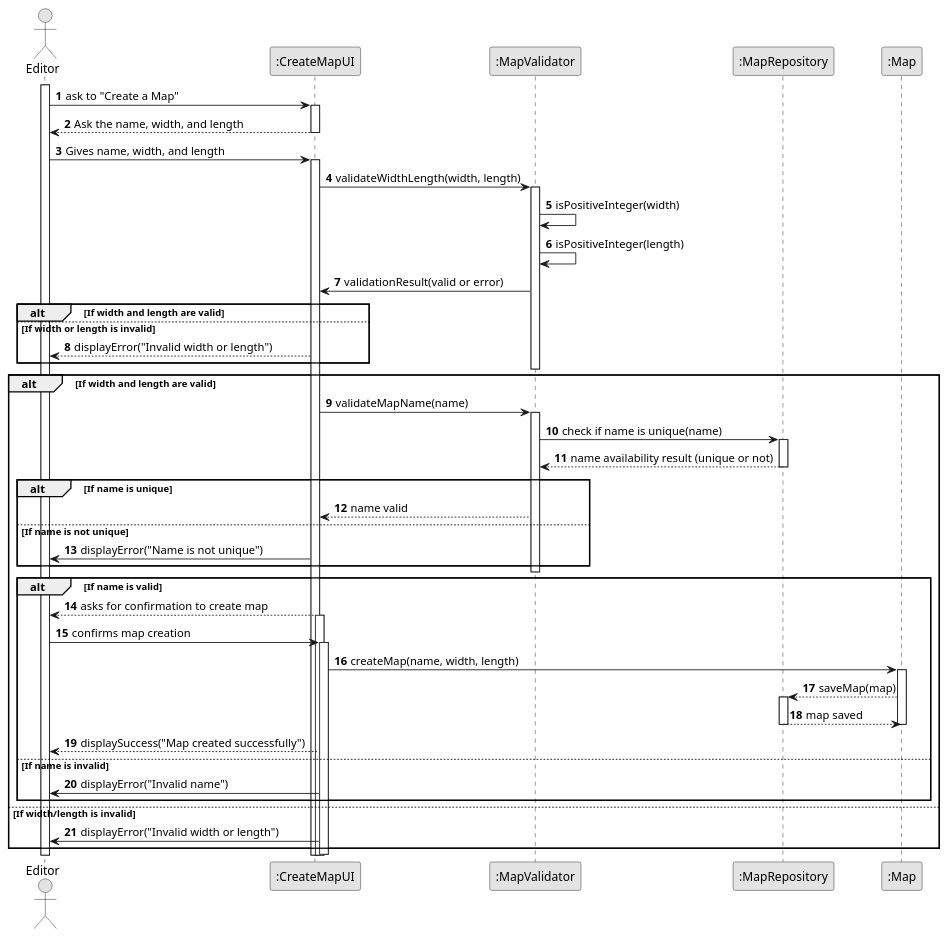
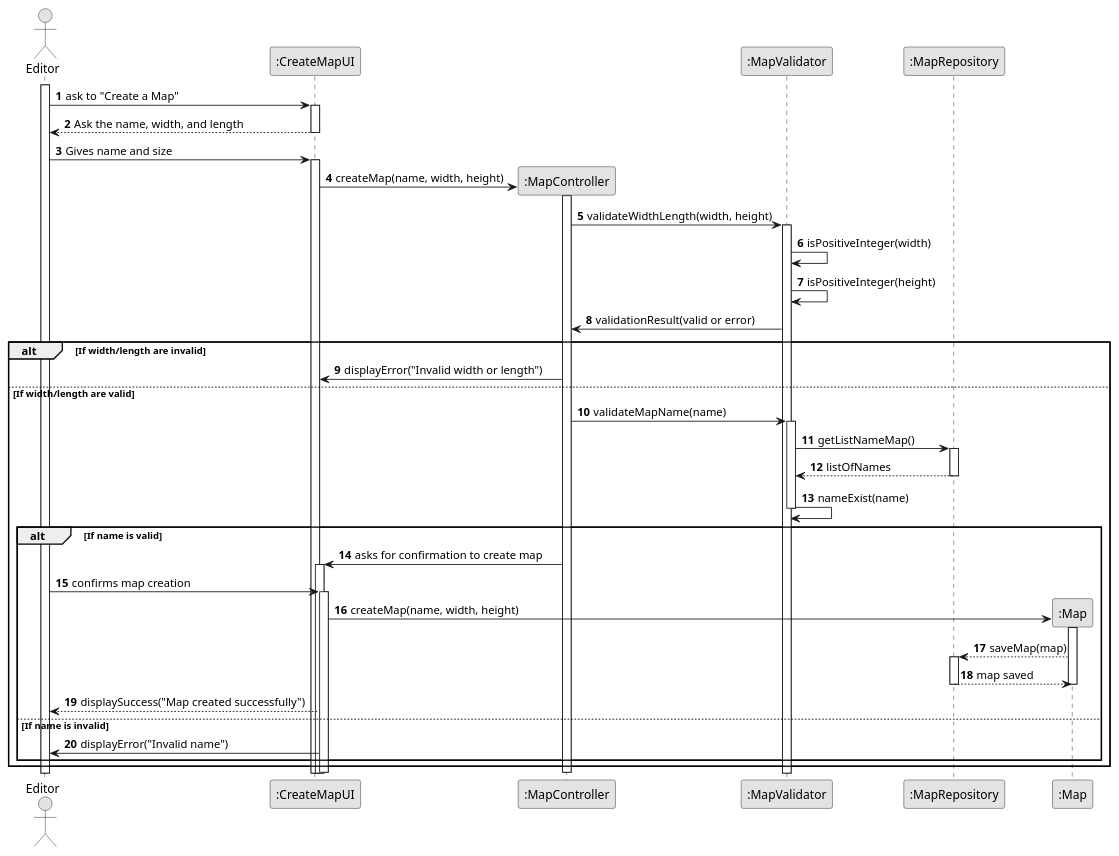
One commit to 1240826/empire-on-tracks changed the diagram in docs/system-documentation/US001/03.design/puml/US006-SD-full.puml. Above: the diagram before and after it, drawn with PlantUML. The commit also changed other lines of this file, not shown here.

```diff
--- a/docs/system-documentation/US001/03.design/puml/US006-SD-full.puml
+++ b/docs/system-documentation/US001/03.design/puml/US006-SD-full.puml
@@ -1,83 +1,77 @@
 @startuml
 skinparam monochrome true
 skinparam packageStyle rectangle
 skinparam shadowing false
 
 autonumber
 
 actor "Editor" as Employee
 participant ":CreateMapUI" as UI
+participant ":MapController" as Controller
 participant ":MapValidator" as Validator
 participant ":MapRepository" as Repository
 participant ":Map" as Map
 
 activate Employee
 
     Employee -> UI : ask to "Create a Map"
     activate UI
 
         UI --> Employee : Ask the name, width, and length
     deactivate UI
 
-    Employee -> UI : Gives name, width, and length
+    Employee -> UI : Gives name and size
     activate UI
 
-        UI -> Validator : validateWidthLength(width, length)
-        activate Validator
+        UI -> Controller** : createMap(name, width, height)
+        activate Controller
 
-        Validator -> Validator : isPositiveInteger(width)
-        Validator -> Validator : isPositiveInteger(length)
-        Validator -> UI : validationResult(valid or error)
-
-        alt If width and length are valid
-
-        else If width or length is invalid
-            UI --> Employee : displayError("Invalid width or length")
-        end
-        deactivate Validator
-
-        alt If width and length are valid
-            UI -> Validator : validateMapName(name)
+            Controller -> Validator : validateWidthLength(width, height)
             activate Validator
 
-            Validator -> Repository : check if name is unique(name)
-            activate Repository
+            Validator -> Validator : isPositiveInteger(width)
+            Validator -> Validator : isPositiveInteger(height)
+            Validator -> Controller : validationResult(valid or error)
 
-                Repository --> Validator : name availability result (unique or not)
-            deactivate Repository
+            alt If width/length are invalid
+                Controller -> UI : displayError("Invalid width or length")
+            else If width/length are valid
+                Controller -> Validator : validateMapName(name)
+                activate Validator
 
-            alt If name is unique
-                Validator --> UI : name valid
-            else If name is not unique
-                UI -> Employee : displayError("Name is not unique")
+                Validator -> Repository : getListNameMap()
+                activate Repository
+
+                    Repository --> Validator : listOfNames
+                deactivate Repository
+
+                Validator -> Validator : nameExist(name)
+                deactivate Validator
+
+                alt If name is valid
+                    Controller -> UI : asks for confirmation to create map
+                    activate UI
+
+                    Employee -> UI : confirms map creation
+                    activate UI
+
+                    UI -> Map**: createMap(name, width, height)
+                    activate Map
+
+                        Map --> Repository : saveMap(map)
+                        activate Repository
+
+                            Repository --> Map : map saved
+                        deactivate Repository
+                    deactivate Map
+
+                    UI --> Employee : displaySuccess("Map created successfully")
+                else If name is invalid
+                    UI -> Employee : displayError("Invalid name")
+                end
             end
-            deactivate Validator
 
-            alt If name is valid
-                UI --> Employee : asks for confirmation to create map
-                activate UI
-
-                Employee -> UI : confirms map creation
-                activate UI
-
-                UI -> Map : createMap(name, width, length)
-                activate Map
-
-                    Map --> Repository : saveMap(map)
-                    activate Repository
-
-                        Repository --> Map : map saved
-                    deactivate Repository
-                deactivate Map
-
-                UI --> Employee : displaySuccess("Map created successfully")
-            else If name is invalid
-                UI -> Employee : displayError("Invalid name")
-            end
-        else If width/length is invalid
-            UI -> Employee : displayError("Invalid width or length")
-        end
-
+        deactivate Controller
     deactivate UI
 
 @enduml
```
